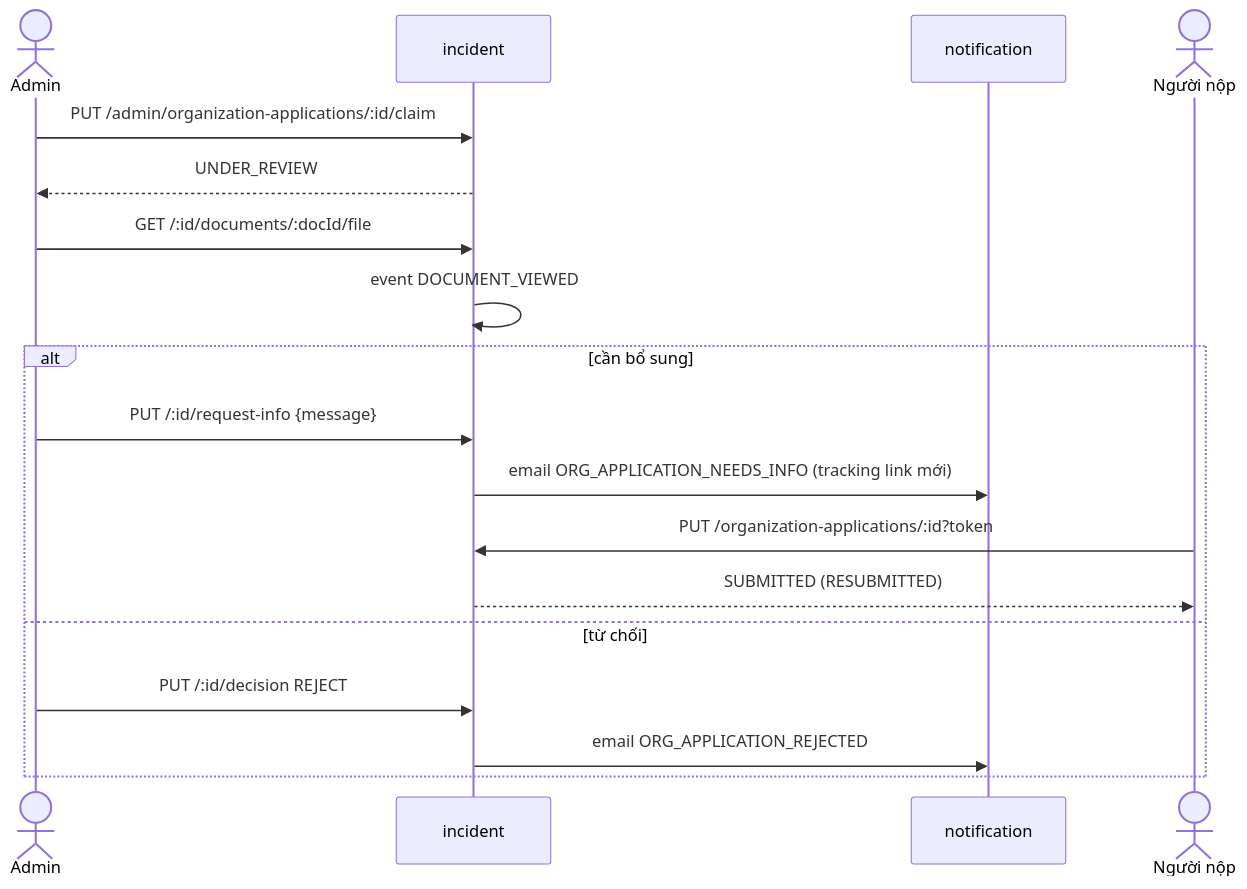
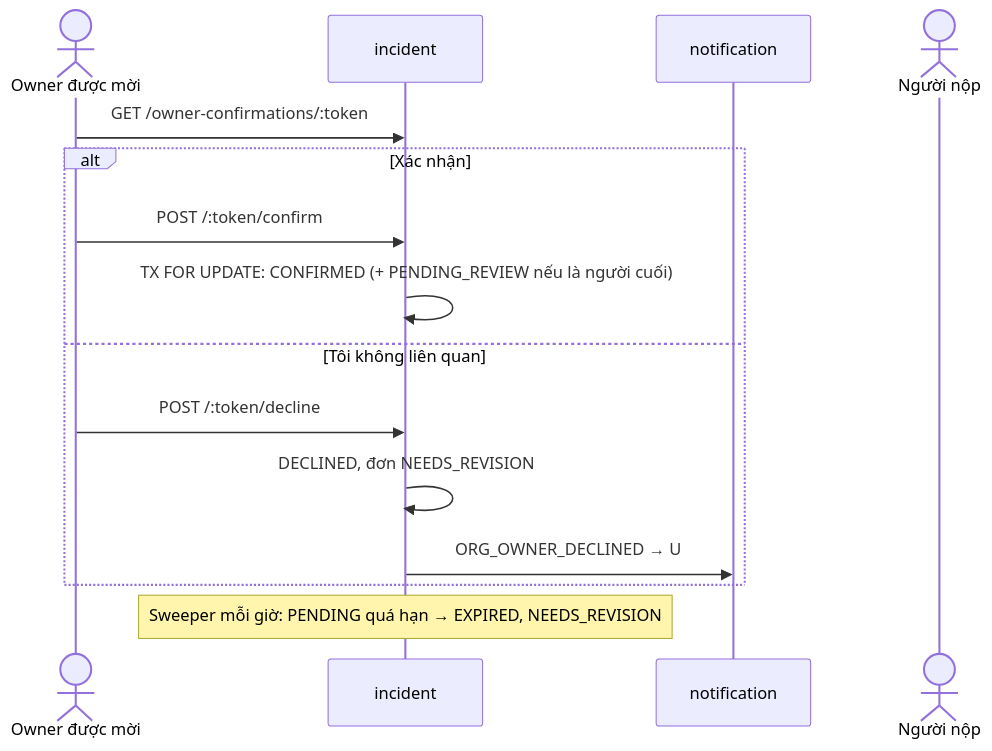
One commit to DOAN2-UQT-KN/ecolink-docs changed the seventh of 24 diagrams in 02-business-flows.md. Above: the diagram before and after it, drawn with Mermaid. The commit also changed other lines of this file and 10 other files, not shown here.

Commit message:
docs: multi-owner organization registration flow

````diff
--- a/02-business-flows.md
+++ b/02-business-flows.md
@@ -348,20 +308,17 @@
 ```mermaid
 sequenceDiagram
-  actor A as Admin
+  actor O as Owner được mời
   participant INC as incident
   participant NS as notification
-  actor R as Người nộp
-  A->>INC: PUT /admin/organization-applications/:id/claim
-  INC-->>A: UNDER_REVIEW
-  A->>INC: GET /:id/documents/:docId/file
-  INC->>INC: event DOCUMENT_VIEWED
-  alt cần bổ sung
-    A->>INC: PUT /:id/request-info {message}
-    INC->>NS: email ORG_APPLICATION_NEEDS_INFO (tracking link mới)
-    R->>INC: PUT /organization-applications/:id?token
-    INC-->>R: SUBMITTED (RESUBMITTED)
-  else từ chối
-    A->>INC: PUT /:id/decision REJECT
-    INC->>NS: email ORG_APPLICATION_REJECTED
+  actor U as Người nộp
+  O->>INC: GET /owner-confirmations/:token
+  alt Xác nhận
+    O->>INC: POST /:token/confirm
+    INC->>INC: TX FOR UPDATE: CONFIRMED (+ PENDING_REVIEW nếu là người cuối)
+  else Tôi không liên quan
+    O->>INC: POST /:token/decline
+    INC->>INC: DECLINED, đơn NEEDS_REVISION
+    INC->>NS: ORG_OWNER_DECLINED → U
   end
+  Note over INC: Sweeper mỗi giờ: PENDING quá hạn → EXPIRED, NEEDS_REVISION
 ```
````
